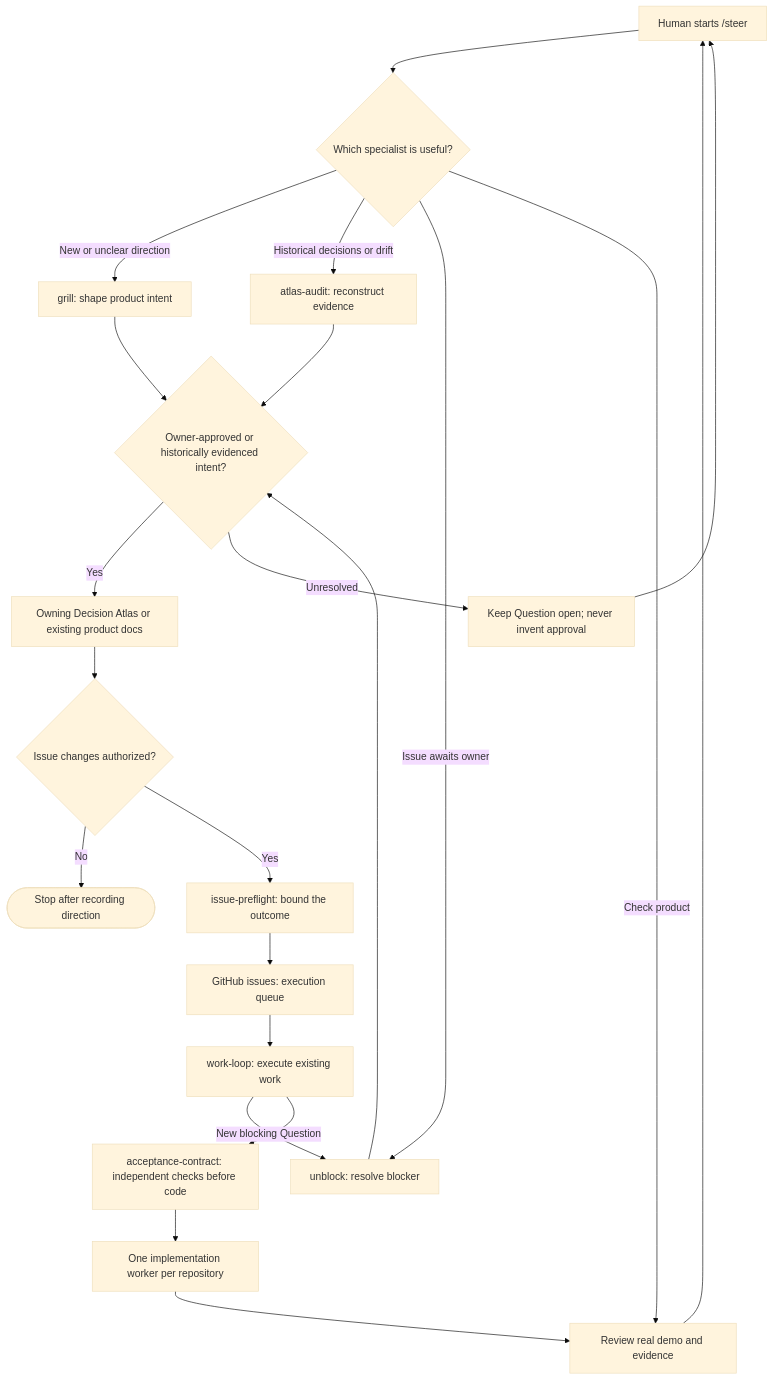
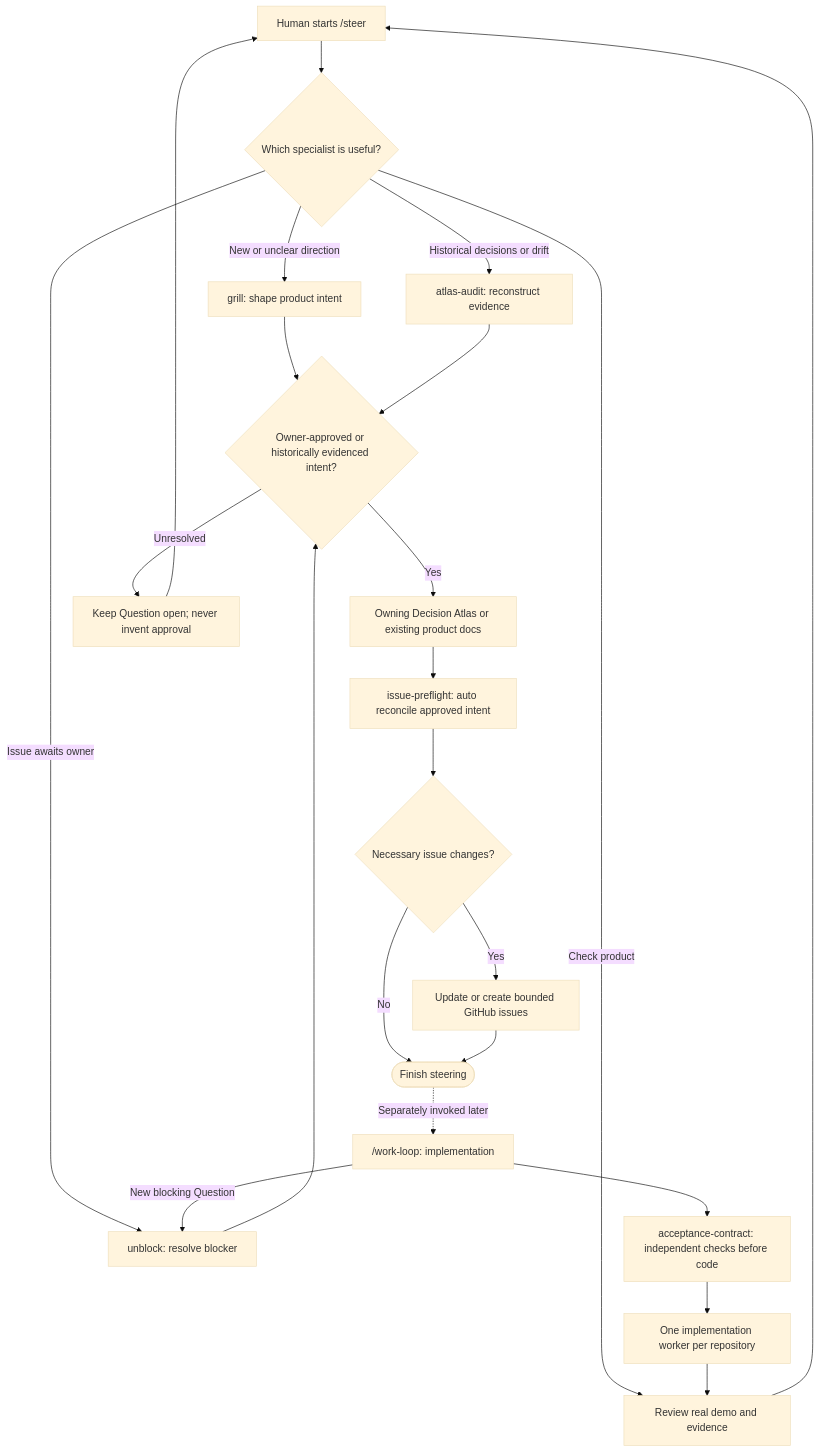
Before and after one commit to moritzbrantner/dotfiles: the second of 4 diagrams in docs/human-steering-flowcharts.md, drawn with Mermaid (base theme). The commit also changed other lines of this file, not shown here.

Commit message:
docs: show automatic issue reconciliation and separate execution in steering flowcharts

````diff
--- a/docs/human-steering-flowcharts.md
+++ b/docs/human-steering-flowcharts.md
@@ -48,24 +56,25 @@
 ```mermaid
 flowchart TD
     HUMAN["Human starts /steer"] --> ROUTE{"Which specialist is useful?"}
     ROUTE -->|New or unclear direction| GRILL["grill: shape product intent"]
     ROUTE -->|Historical decisions or drift| AUDIT["atlas-audit: reconstruct evidence"]
     ROUTE -->|Issue awaits owner| UNBLOCK["unblock: resolve blocker"]
     ROUTE -->|Check product| VERIFY["Review real demo and evidence"]
     GRILL --> APPROVAL{"Owner-approved or historically evidenced intent?"}
     AUDIT --> APPROVAL
     UNBLOCK --> APPROVAL
     APPROVAL -->|Yes| ATLAS["Owning Decision Atlas or existing product docs"]
     APPROVAL -->|Unresolved| QUESTION["Keep Question open; never invent approval"]
     QUESTION --> HUMAN
     VERIFY --> HUMAN
-    ATLAS --> AUTHORIZE{"Issue changes authorized?"}
-    AUTHORIZE -->|No| END(["Stop after recording direction"])
-    AUTHORIZE -->|Yes| PREF["issue-preflight: bound the outcome"]
-    PREF --> ISSUES["GitHub issues: execution queue"]
-    ISSUES --> LOOP["work-loop: execute existing work"]
+    ATLAS --> PREF["issue-preflight: auto reconcile approved intent"]
+    PREF --> NEED{"Necessary issue changes?"}
+    NEED -->|No| END(["Finish steering"])
+    NEED -->|Yes| ISSUES["Update or create bounded GitHub issues"]
+    ISSUES --> END
+    END -.->|Separately invoked later| LOOP["/work-loop: implementation"]
     LOOP -->|New blocking Question| UNBLOCK
     LOOP --> CONTRACT["acceptance-contract: independent checks before code"]
     CONTRACT --> BUILD["One implementation worker per repository"]
     BUILD --> VERIFY
 ```
````
